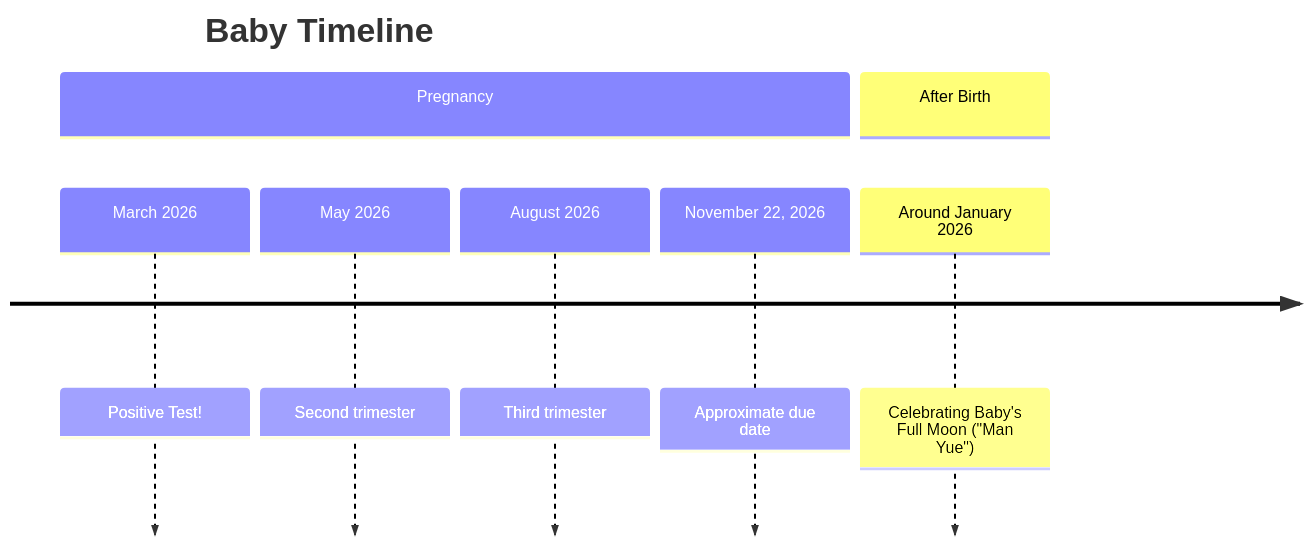
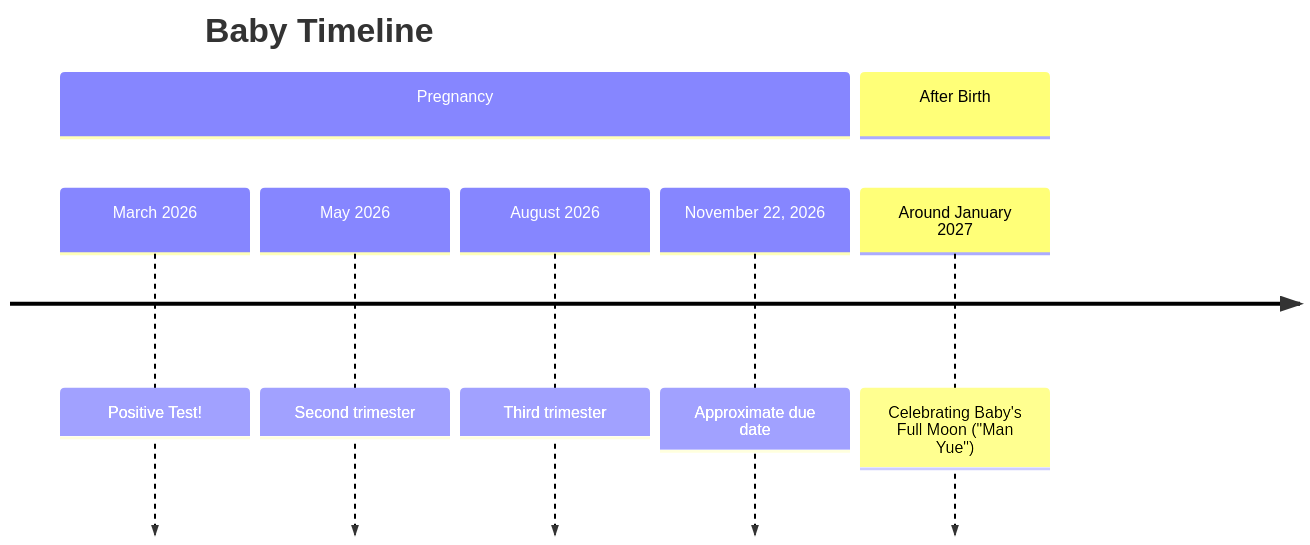
The diagram in content/baby_guide.md (heidiwwang/heidi2o), drawn with Mermaid before and after one commit. The commit also changed 1 other file, not shown here.

Commit message:
Quartz sync: May 17, 2026, 8:49 PM

````diff
--- a/content/baby_guide.md
+++ b/content/baby_guide.md
@@ -14,12 +14,12 @@
 ```mermaid
 timeline
     title Baby Timeline
     section Pregnancy
 	    March 2026 : Positive Test!
 	    May 2026 : Second trimester
 	    August 2026 : Third trimester
 	    November 22, 2026 : Approximate due date
 	    
 	section After Birth
-		Around January 2026: Celebrating Baby's Full Moon ("Man Yue")		
+		Around January 2027: Celebrating Baby's Full Moon ("Man Yue")		
 ```
````
